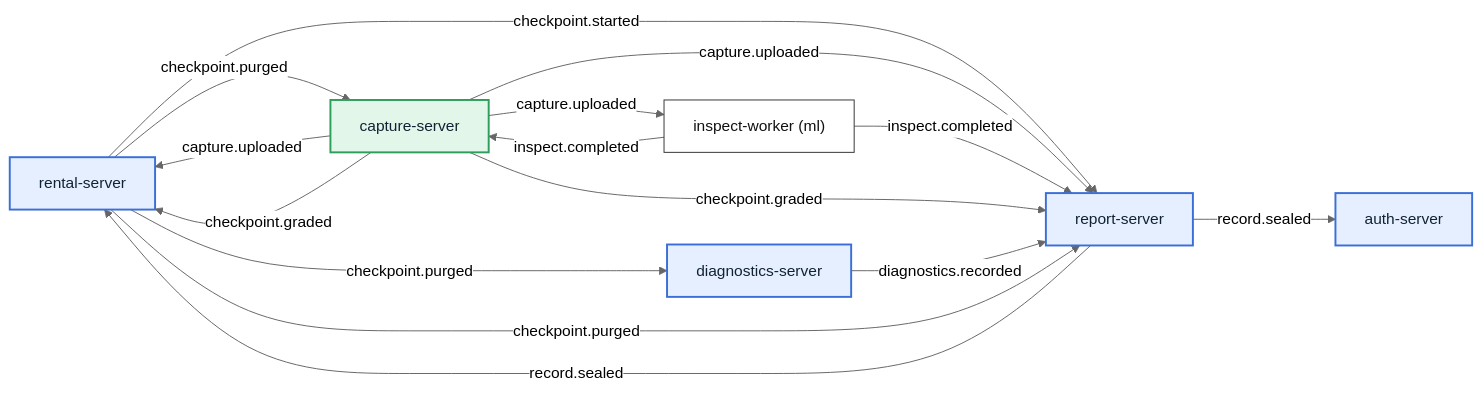
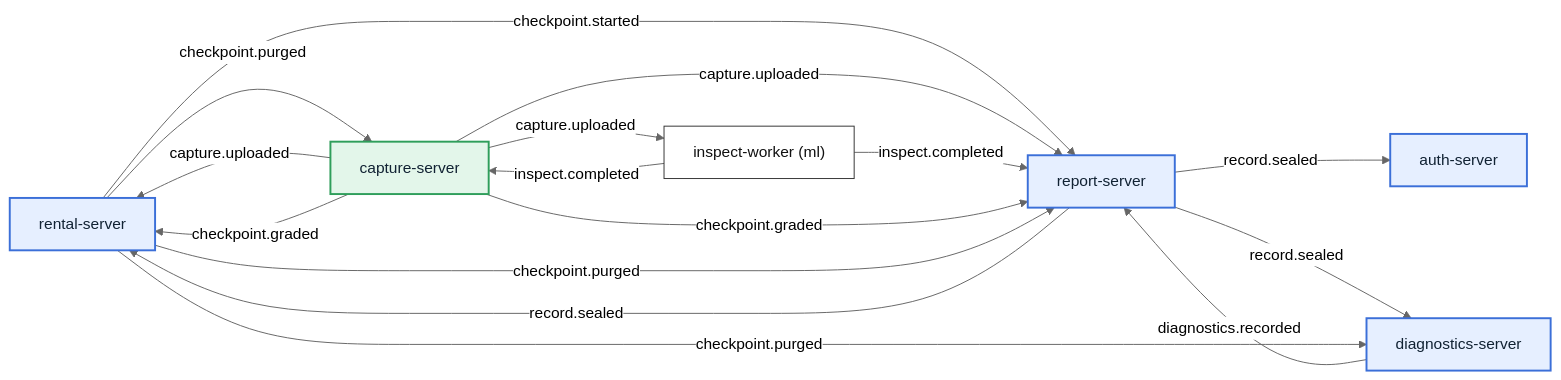
One commit to GAKDO/docs changed the tenth of 10 diagrams in mvp/02-services.md. Above: the diagram before and after it, drawn with Mermaid (neutral theme). The commit also changed other lines of this file and 5 other files, not shown here.

First line of the commit message:
docs(architecture): 리뷰 준비 Q&A 추가, 아키텍처·배포 문서를 지금 Compose 구성으로 맞춤 (#41)

````diff
--- a/mvp/02-services.md
+++ b/mvp/02-services.md
@@ -271,26 +295,27 @@
 ```mermaid
 flowchart LR
   classDef svc fill:#e6efff,stroke:#3b6fd8,stroke-width:2px,color:#123
   classDef booth fill:#e3f6ea,stroke:#2f9e5b,stroke-width:2px,color:#123
   classDef ext fill:#fff,stroke:#333,color:#111
   RE["rental-server"]:::svc
   CA["capture-server"]:::booth
   DI["diagnostics-server"]:::svc
   RP["report-server"]:::svc
   AU["auth-server"]:::svc
   IW["inspect-worker (ml)"]:::ext
   RE -->|"checkpoint.started"| RP
   CA -->|"capture.uploaded"| RE
   CA -->|"capture.uploaded"| RP
   CA -->|"capture.uploaded"| IW
   IW -->|"inspect.completed"| CA
   IW -->|"inspect.completed"| RP
   CA -->|"checkpoint.graded"| RE
   CA -->|"checkpoint.graded"| RP
   DI -->|"diagnostics.recorded"| RP
   RP -->|"record.sealed"| RE
   RP -->|"record.sealed"| AU
+  RP -->|"record.sealed"| DI
   RE -->|"checkpoint.purged"| CA
   RE -->|"checkpoint.purged"| RP
   RE -->|"checkpoint.purged"| DI
 ```
````
